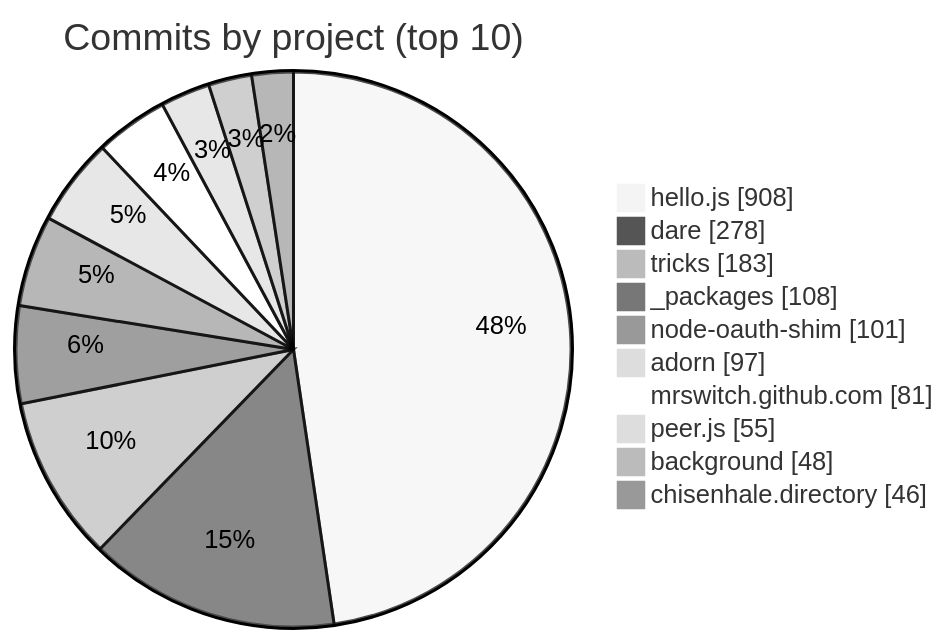
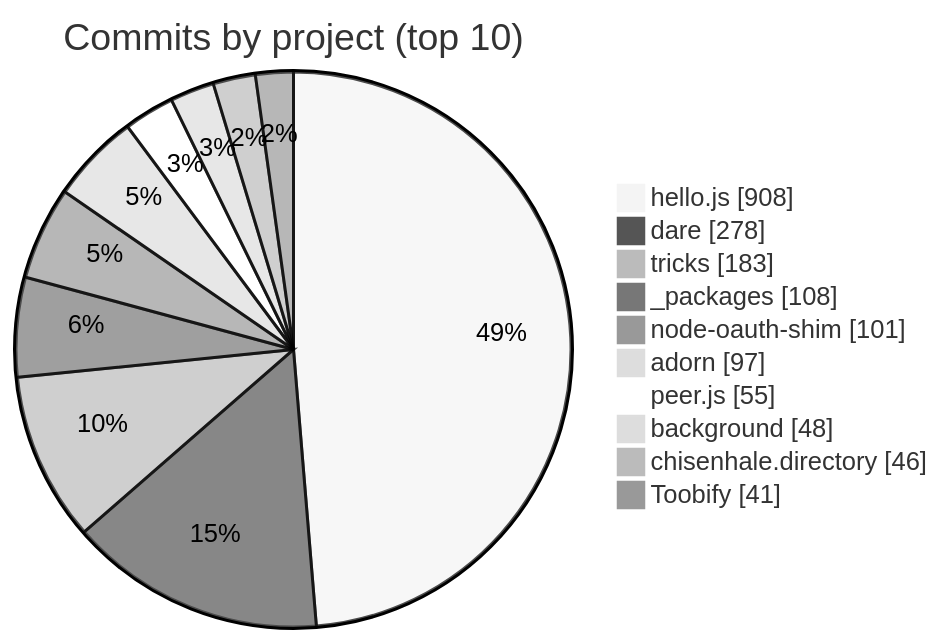
Before and after one commit to MrSwitch/mrswitch.github.com: the diagram in projects/index.md, drawn with Mermaid (neutral theme). The commit also changed other lines of this file and 1 other file, not shown here.

````diff
--- a/projects/index.md
+++ b/projects/index.md
@@ -39,13 +39,13 @@
 ```mermaid
 pie showData title Commits by project (top 10)
     "hello.js" : 908
     "dare" : 278
     "tricks" : 183
     "_packages" : 108
     "node-oauth-shim" : 101
     "adorn" : 97
-    "mrswitch.github.com" : 81
     "peer.js" : 55
     "background" : 48
     "chisenhale.directory" : 46
+    "Toobify" : 41
 ```
````
